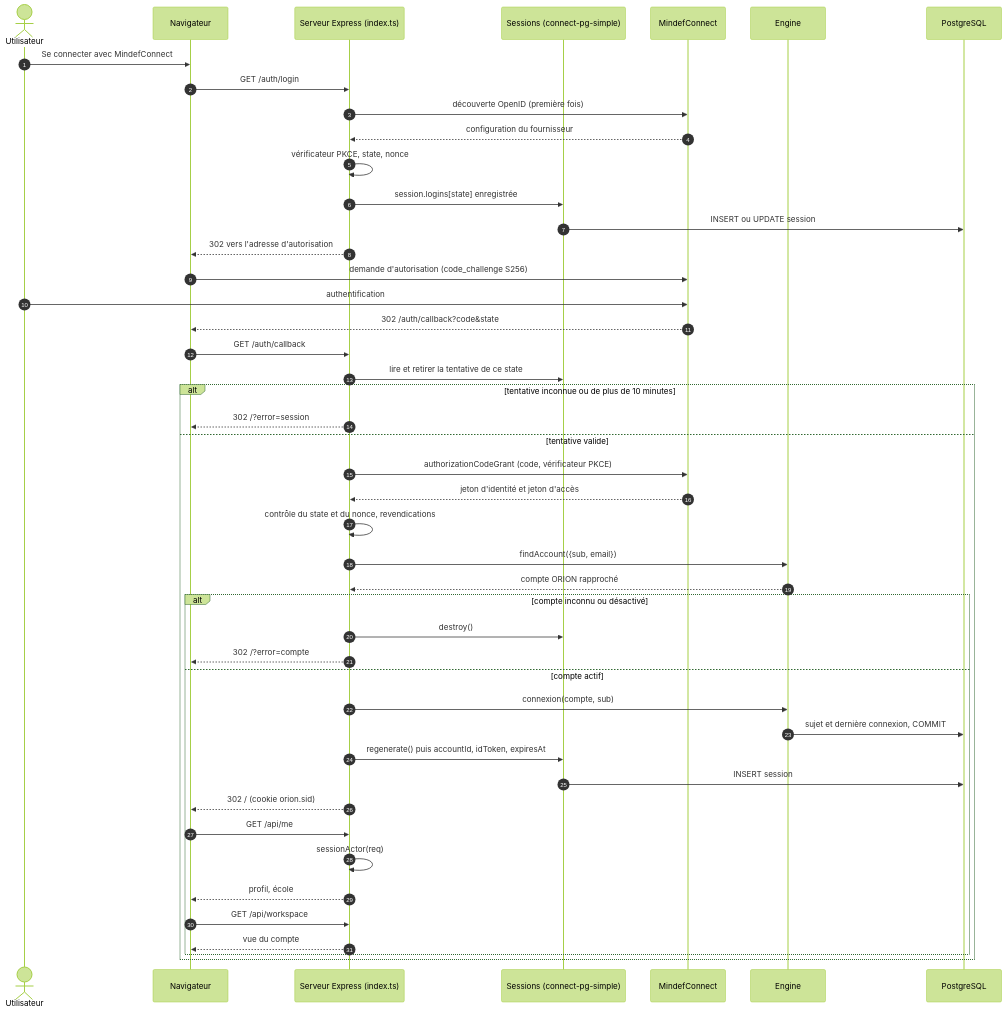
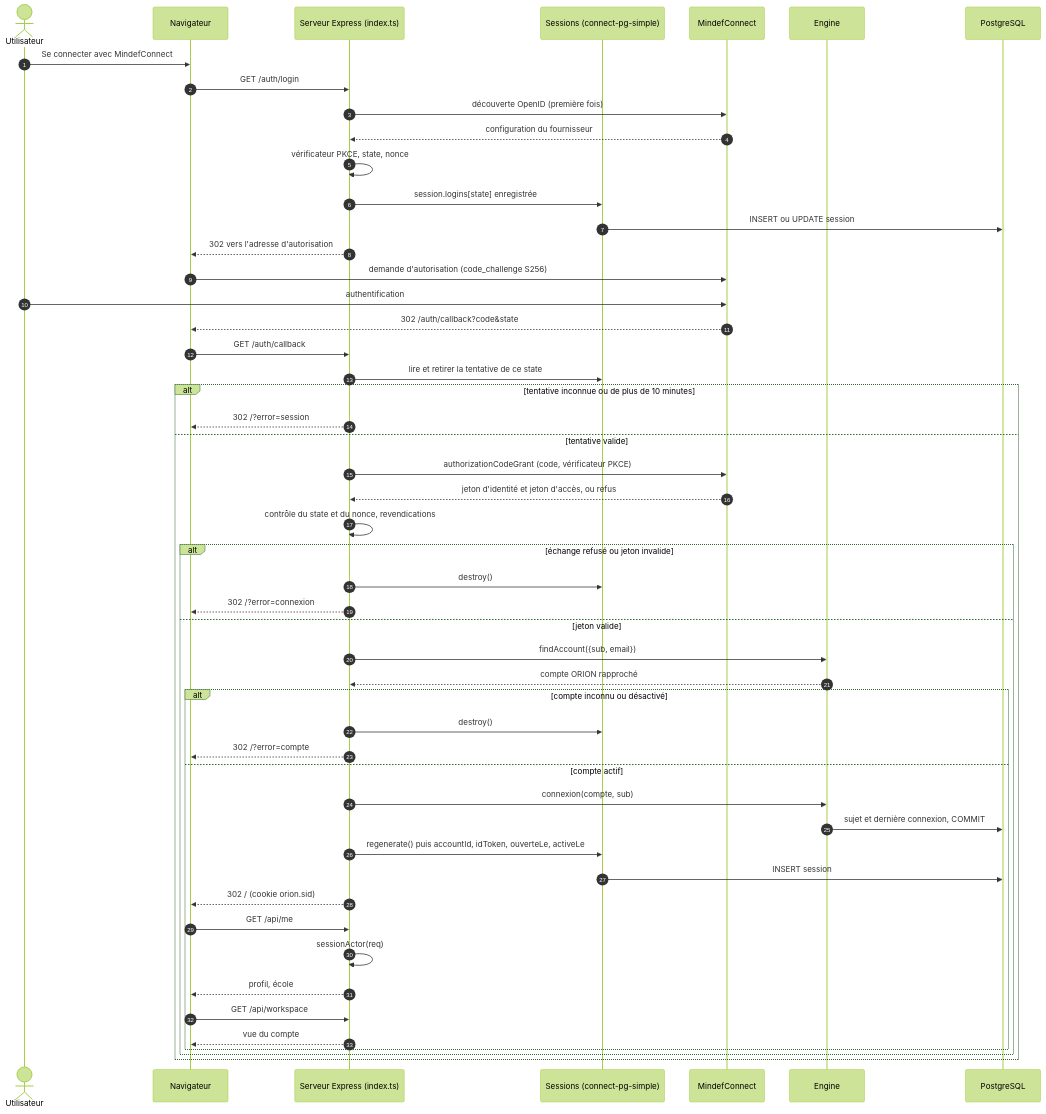
Before and after one commit to bpierrelouis/aster: the sixth of 6 diagrams in docs/02-ANALYSE/04-CONCEPTION/02-DIAGRAMMES-SEQUENCE-DETAILLES.md, drawn with Mermaid (forest theme). The commit also changed other lines of this file and 34 other files, not shown here.

First line of the commit message:
docs(diagrammes): aligner les diagrammes UML sur le code et les remettre en page

````diff
--- a/docs/02-ANALYSE/04-CONCEPTION/02-DIAGRAMMES-SEQUENCE-DETAILLES.md
+++ b/docs/02-ANALYSE/04-CONCEPTION/02-DIAGRAMMES-SEQUENCE-DETAILLES.md
@@ -277,49 +280,54 @@
 ```mermaid
 sequenceDiagram
     autonumber
     actor U as Utilisateur
     participant N as Navigateur
     participant X as Serveur Express (index.ts)
     participant SS as Sessions (connect-pg-simple)
     participant IDP as MindefConnect
     participant E as Engine
     participant DB as PostgreSQL
 
     U->>N: Se connecter avec MindefConnect
     N->>X: GET /auth/login
     X->>IDP: découverte OpenID (première fois)
     IDP-->>X: configuration du fournisseur
     X->>X: vérificateur PKCE, state, nonce
     X->>SS: session.logins[state] enregistrée
     SS->>DB: INSERT ou UPDATE session
     X-->>N: 302 vers l'adresse d'autorisation
     N->>IDP: demande d'autorisation (code_challenge S256)
     U->>IDP: authentification
     IDP-->>N: 302 /auth/callback?code&state
     N->>X: GET /auth/callback
     X->>SS: lire et retirer la tentative de ce state
     alt tentative inconnue ou de plus de 10 minutes
         X-->>N: 302 /?error=session
     else tentative valide
         X->>IDP: authorizationCodeGrant (code, vérificateur PKCE)
-        IDP-->>X: jeton d'identité et jeton d'accès
+        IDP-->>X: jeton d'identité et jeton d'accès, ou refus
         X->>X: contrôle du state et du nonce, revendications
-        X->>E: findAccount({sub, email})
-        E-->>X: compte ORION rapproché
-        alt compte inconnu ou désactivé
+        alt échange refusé ou jeton invalide
             X->>SS: destroy()
-            X-->>N: 302 /?error=compte
-        else compte actif
-            X->>E: connexion(compte, sub)
-            E->>DB: sujet et dernière connexion, COMMIT
-            X->>SS: regenerate() puis accountId, idToken, expiresAt
-            SS->>DB: INSERT session
-            X-->>N: 302 / (cookie orion.sid)
-            N->>X: GET /api/me
-            X->>X: sessionActor(req)
-            X-->>N: profil, école
-            N->>X: GET /api/workspace
-            X-->>N: vue du compte
+            X-->>N: 302 /?error=connexion
+        else jeton valide
+            X->>E: findAccount({sub, email})
+            E-->>X: compte ORION rapproché
+            alt compte inconnu ou désactivé
+                X->>SS: destroy()
+                X-->>N: 302 /?error=compte
+            else compte actif
+                X->>E: connexion(compte, sub)
+                E->>DB: sujet et dernière connexion, COMMIT
+                X->>SS: regenerate() puis accountId, idToken, ouverteLe, activeLe
+                SS->>DB: INSERT session
+                X-->>N: 302 / (cookie orion.sid)
+                N->>X: GET /api/me
+                X->>X: sessionActor(req)
+                X-->>N: profil, école
+                N->>X: GET /api/workspace
+                X-->>N: vue du compte
+            end
         end
     end
 ```
````
